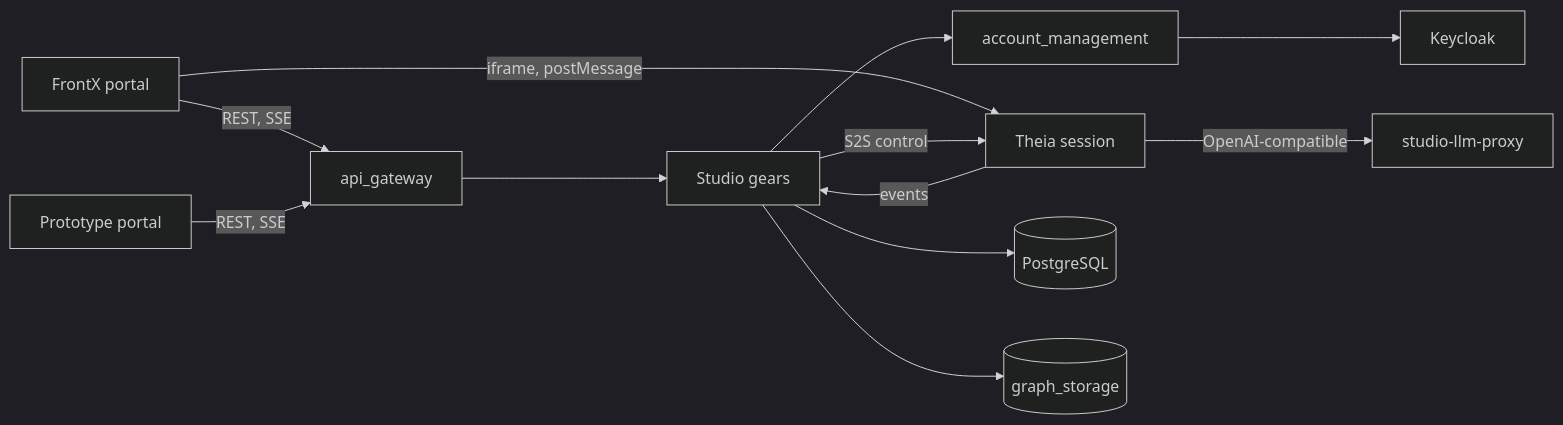
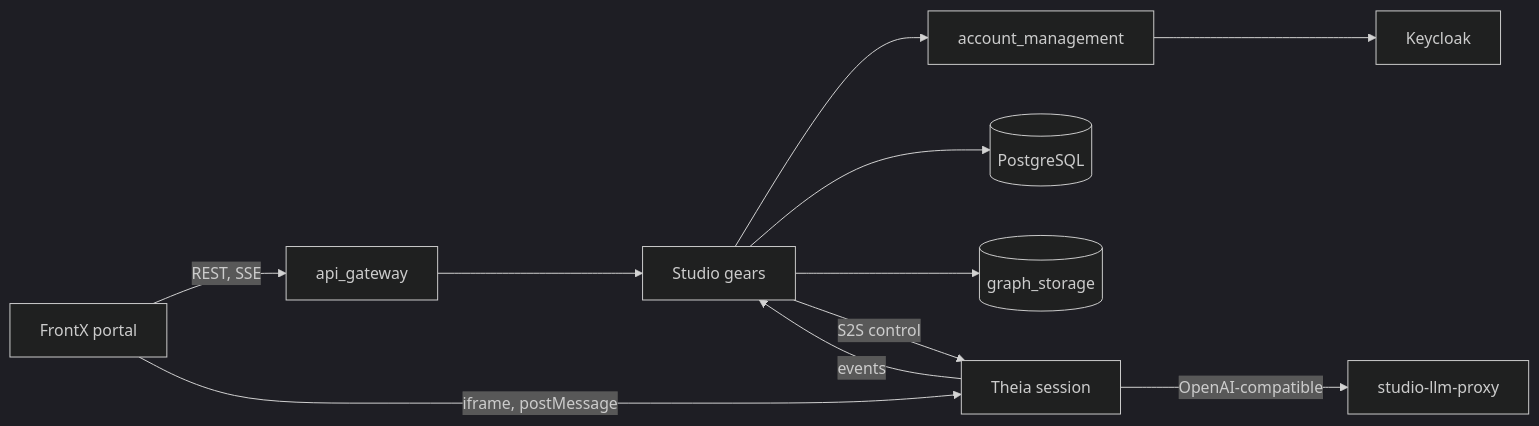
The first of 6 diagrams in docs/design/constructor-studio.md (AndrejK666/studio-web), drawn with Mermaid (dark theme) before and after one commit. The commit also changed other lines of this file and 27 other files, not shown here.

````diff
--- a/docs/design/constructor-studio.md
+++ b/docs/design/constructor-studio.md
@@ -301,14 +302,13 @@
 ```mermaid
 graph LR
     Portal[FrontX portal] -->|REST, SSE| GW[api_gateway]
-    Proto[Prototype portal] -->|REST, SSE| GW
     Portal -->|iframe, postMessage| IDE[Theia session]
     GW --> Gears[Studio gears]
     Gears --> AM[account_management]
     Gears --> PG[(PostgreSQL)]
     Gears --> GS[(graph_storage)]
     Gears -->|S2S control| IDE
     IDE -->|events| Gears
     IDE -->|OpenAI-compatible| LLM[studio-llm-proxy]
     AM --> KC[Keycloak]
 ```
````
